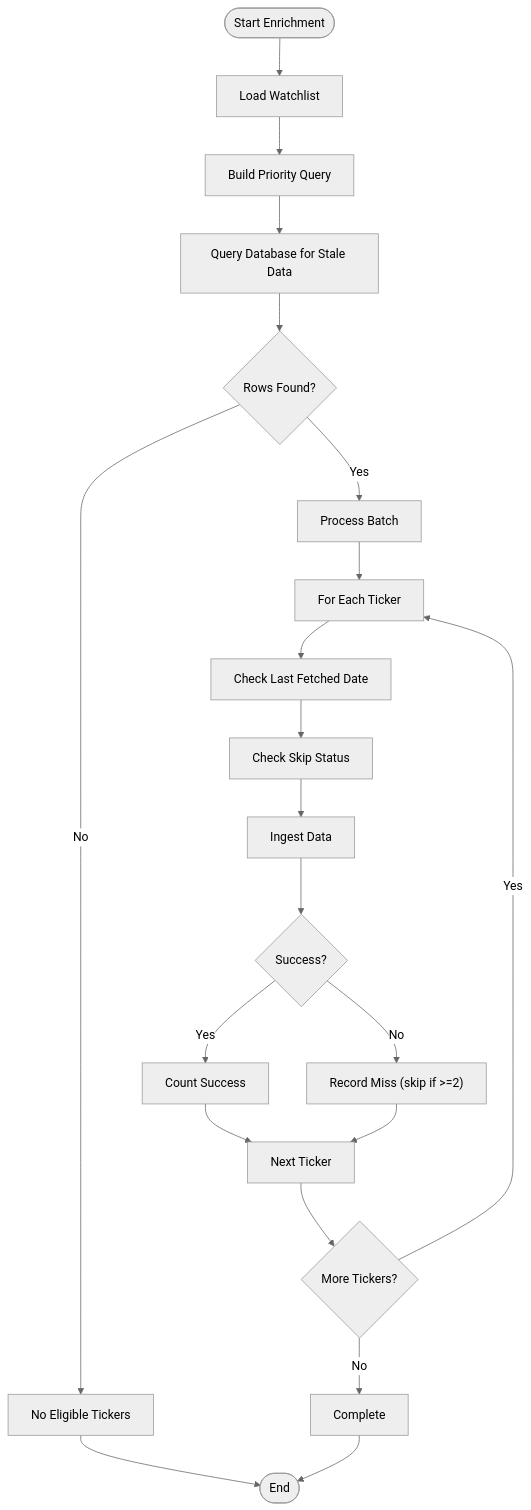
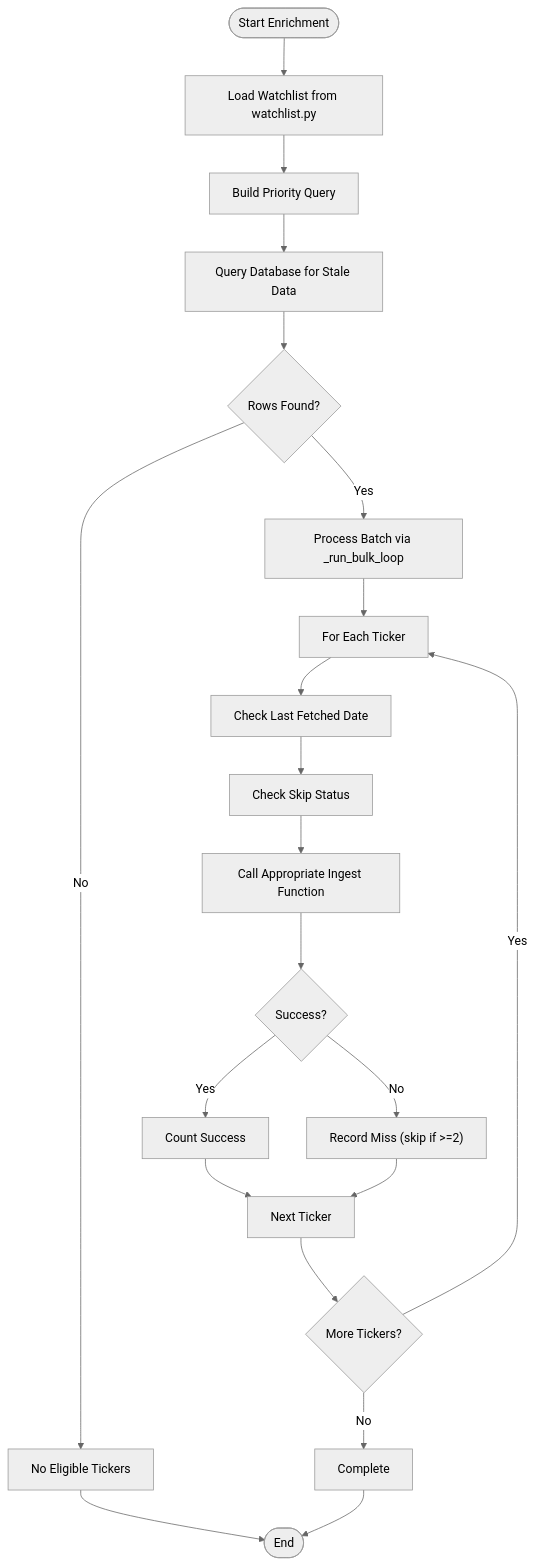
The third of 21 diagrams in .qoder/repowiki/en/content/Core Components/Data Engineering Module/Data Engineering Module.md (ZengSeng/telegram-bot), drawn with Mermaid (neutral theme) before and after one commit. The commit also changed other lines of this file and 15 other files, not shown here.

````diff
--- a/.qoder/repowiki/en/content/Core Components/Data Engineering Module/Data Engineering Module.md
+++ b/.qoder/repowiki/en/content/Core Components/Data Engineering Module/Data Engineering Module.md
@@ -305,23 +331,23 @@
 ```mermaid
 flowchart TD
-Start(["Start Enrichment"]) --> LoadWatchlist["Load Watchlist"]
+Start(["Start Enrichment"]) --> LoadWatchlist["Load Watchlist from watchlist.py"]
 LoadWatchlist --> BuildQuery["Build Priority Query"]
 BuildQuery --> QueryDB["Query Database for Stale Data"]
 QueryDB --> CheckRows{"Rows Found?"}
 CheckRows --> |No| NoEligible["No Eligible Tickers"]
-CheckRows --> |Yes| ProcessBatch["Process Batch"]
+CheckRows --> |Yes| ProcessBatch["Process Batch via _run_bulk_loop"]
 ProcessBatch --> ForEachTicker["For Each Ticker"]
 ForEachTicker --> CheckStaleness["Check Last Fetched Date"]
 CheckStaleness --> CheckSkip["Check Skip Status"]
-CheckSkip --> IngestData["Ingest Data"]
+CheckSkip --> IngestData["Call Appropriate Ingest Function"]
 IngestData --> Success{"Success?"}
 Success --> |Yes| CountSuccess["Count Success"]
 Success --> |No| RecordMiss["Record Miss (skip if >=2)"]
 CountSuccess --> NextTicker["Next Ticker"]
 RecordMiss --> NextTicker
 NextTicker --> MoreTickers{"More Tickers?"}
 MoreTickers --> |Yes| ForEachTicker
 MoreTickers --> |No| Complete["Complete"]
 NoEligible --> End(["End"])
 Complete --> End
 ```
````
